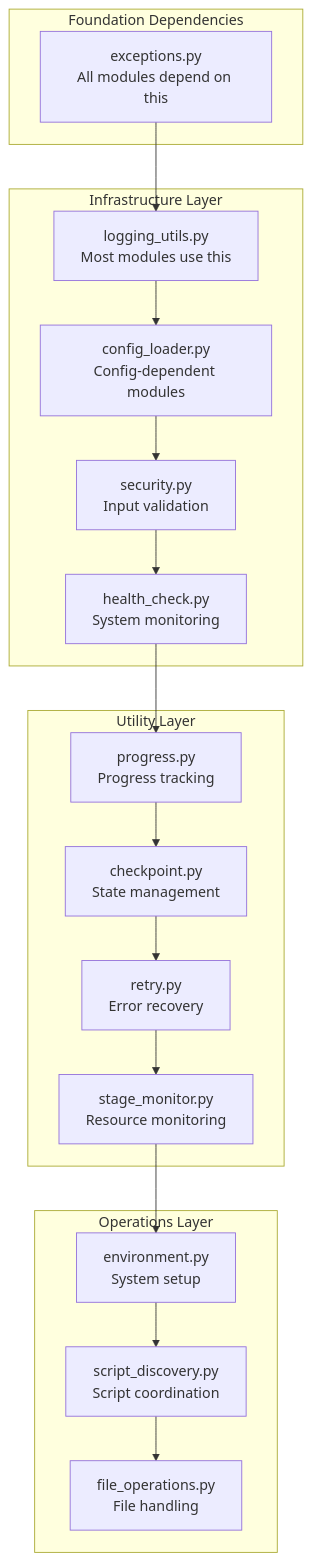
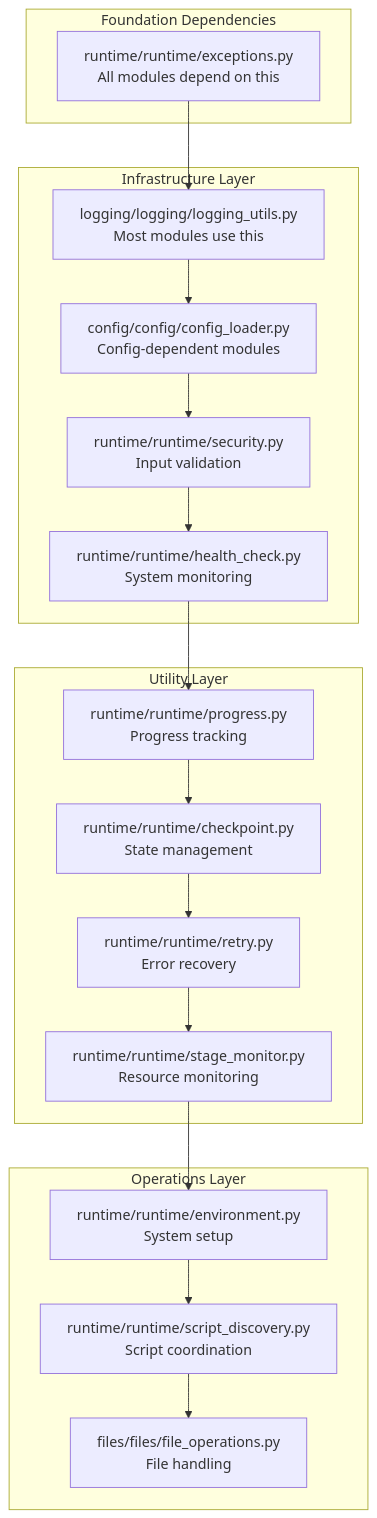
One commit to docxology/template changed the fifth of 5 diagrams in infrastructure/core/README.md. Above: the diagram before and after it, drawn with Mermaid. The commit also changed other lines of this file and 322 other files, not shown here.

````diff
--- a/infrastructure/core/README.md
+++ b/infrastructure/core/README.md
@@ -206,43 +206,43 @@
 ```mermaid
 graph TD
     subgraph Base["Foundation Dependencies"]
-        EXCEPTIONS[exceptions.py<br/>All modules depend on this]
+        EXCEPTIONS[runtime/runtime/exceptions.py<br/>All modules depend on this]
     end
 
     subgraph Infrastructure["Infrastructure Layer"]
-        LOGGING[logging_utils.py<br/>Most modules use this]
-        CONFIG[config_loader.py<br/>Config-dependent modules]
-        SECURITY[security.py<br/>Input validation]
-        HEALTH[health_check.py<br/>System monitoring]
+        LOGGING[logging/logging/logging_utils.py<br/>Most modules use this]
+        CONFIG[config/config/config_loader.py<br/>Config-dependent modules]
+        SECURITY[runtime/runtime/security.py<br/>Input validation]
+        HEALTH[runtime/runtime/health_check.py<br/>System monitoring]
     end
 
     subgraph Utilities["Utility Layer"]
-        PROGRESS[progress.py<br/>Progress tracking]
-        CHECKPOINT[checkpoint.py<br/>State management]
-        RETRY[retry.py<br/>Error recovery]
-        PERFORMANCE[stage_monitor.py<br/>Resource monitoring]
+        PROGRESS[runtime/runtime/progress.py<br/>Progress tracking]
+        CHECKPOINT[runtime/runtime/checkpoint.py<br/>State management]
+        RETRY[runtime/runtime/retry.py<br/>Error recovery]
+        PERFORMANCE[runtime/runtime/stage_monitor.py<br/>Resource monitoring]
     end
 
     subgraph Operations["Operations Layer"]
-        ENVIRONMENT[environment.py<br/>System setup]
-        SCRIPTS[script_discovery.py<br/>Script coordination]
-        FILES[file_operations.py<br/>File handling]
+        ENVIRONMENT[runtime/runtime/environment.py<br/>System setup]
+        SCRIPTS[runtime/runtime/script_discovery.py<br/>Script coordination]
+        FILES[files/files/file_operations.py<br/>File handling]
     end
 
     EXCEPTIONS --> LOGGING
     LOGGING --> CONFIG
     CONFIG --> SECURITY
     SECURITY --> HEALTH
     HEALTH --> PROGRESS
     PROGRESS --> CHECKPOINT
     CHECKPOINT --> RETRY
     RETRY --> PERFORMANCE
     PERFORMANCE --> ENVIRONMENT
     ENVIRONMENT --> SCRIPTS
     SCRIPTS --> FILES
 
     class Base base
     class Infrastructure infra
     class Utilities util
     class Operations ops
 ```
````
